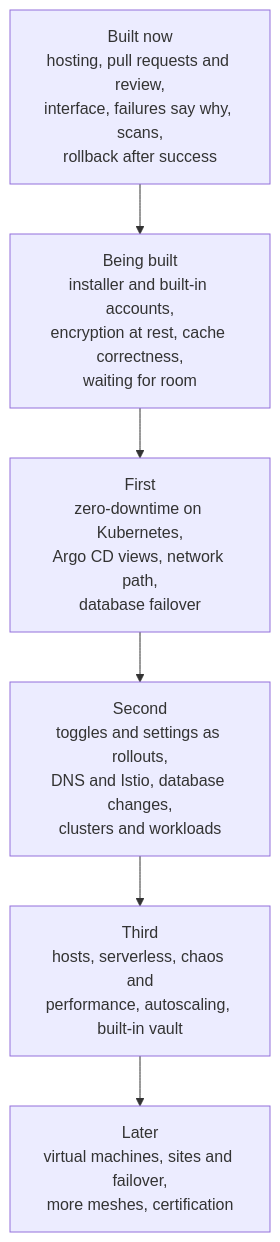
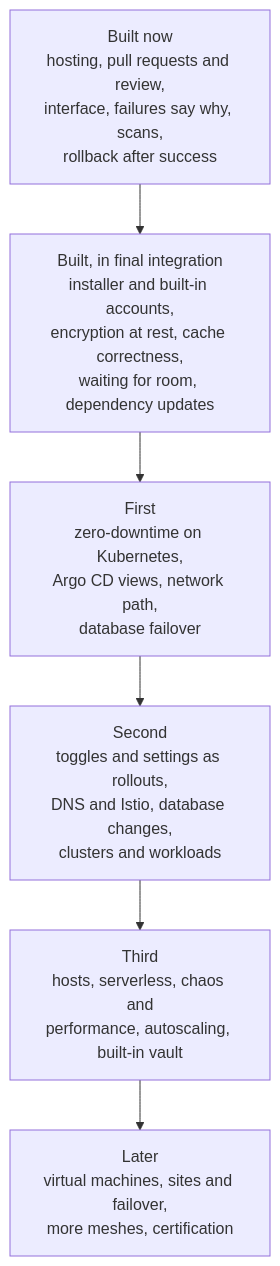
One commit to JK-Magic-Creations/launchway changed the first of 2 diagrams in docs/roadmap/build-order.md. Above: the diagram before and after it, drawn with Mermaid. The commit also changed other lines of this file and 12 other files, not shown here.

First line of the commit message:
Roadmap: sign-up and go, three ways to run, ceilings, staged opening, runner placement, true statuses

````diff
--- a/docs/roadmap/build-order.md
+++ b/docs/roadmap/build-order.md
@@ -9,10 +9,10 @@
 ```mermaid
 flowchart TD
   Now["Built now<br/>hosting, pull requests and review,<br/>interface, failures say why, scans,<br/>rollback after success"]
-  Building["Being built<br/>installer and built-in accounts,<br/>encryption at rest, cache correctness,<br/>waiting for room"]
+  Building["Built, in final integration<br/>installer and built-in accounts,<br/>encryption at rest, cache correctness,<br/>waiting for room, dependency updates"]
   First["First<br/>zero-downtime on Kubernetes,<br/>Argo CD views, network path,<br/>database failover"]
   Second["Second<br/>toggles and settings as rollouts,<br/>DNS and Istio, database changes,<br/>clusters and workloads"]
   Third["Third<br/>hosts, serverless, chaos and<br/>performance, autoscaling, built-in vault"]
   Later["Later<br/>virtual machines, sites and failover,<br/>more meshes, certification"]
   Now --> Building --> First --> Second --> Third --> Later
 ```
````
